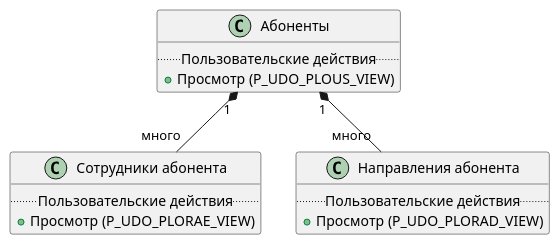
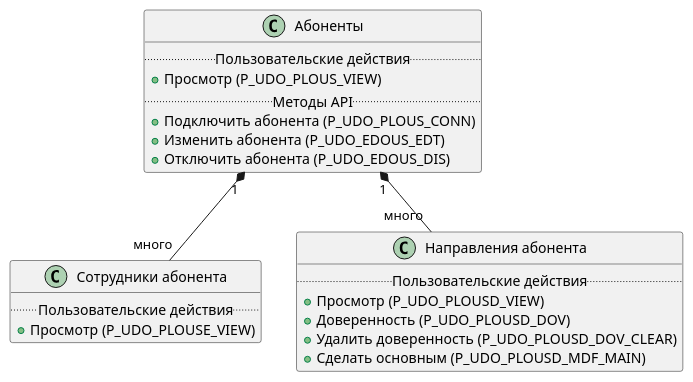
The diagram in udo_plous_classes.puml (citpb/platform-astral-schemes), drawn with PlantUML before and after one commit.

Commit message:
Update udo_plous_classes.puml
Доработаны действия.

```diff
--- a/udo_plous_classes.puml
+++ b/udo_plous_classes.puml
@@ -1,21 +1,28 @@
 @startuml
 
 class "Абоненты" as MasterClass {
 ..Пользовательские действия..
 {method}+Просмотр (P_UDO_PLOUS_VIEW)
+..Методы API..
+{method}+Подключить абонента (P_UDO_PLOUS_CONN)
+{method}+Изменить абонента (P_UDO_EDOUS_EDT)
+{method}+Отключить абонента (P_UDO_EDOUS_DIS)
 }
 
 class "Cотрудники абонента" as SpecClass1 {
 ..Пользовательские действия..
-{method}+Просмотр (P_UDO_PLORAE_VIEW)
+{method}+Просмотр (P_UDO_PLOUSE_VIEW)
 }
 
 class "Направления абонента" as SpecClass2 {
 ..Пользовательские действия..
-{method}+Просмотр (P_UDO_PLORAD_VIEW)
+{method}+Просмотр (P_UDO_PLOUSD_VIEW)
+{method}+Доверенность (P_UDO_PLOUSD_DOV)
+{method}+Удалить доверенность (P_UDO_PLOUSD_DOV_CLEAR)
+{method}+Сделать основным (P_UDO_PLOUSD_MDF_MAIN)
 }
 
 MasterClass "1" *-- "много" SpecClass1
 MasterClass "1" *-- "много" SpecClass2
 
 @enduml
```
